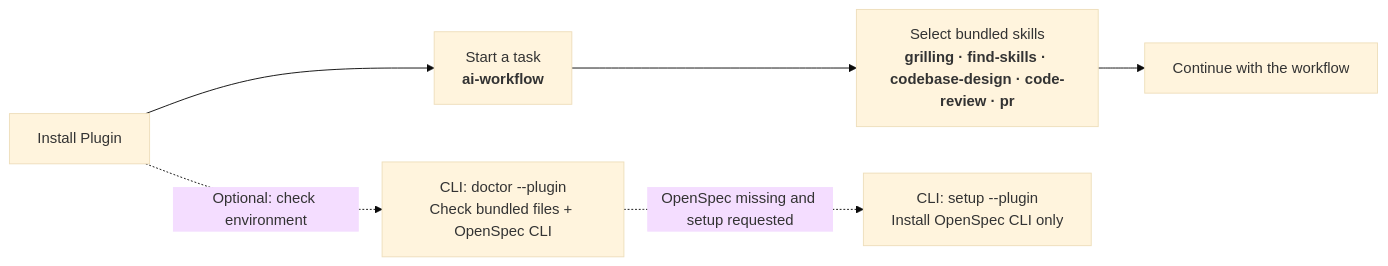
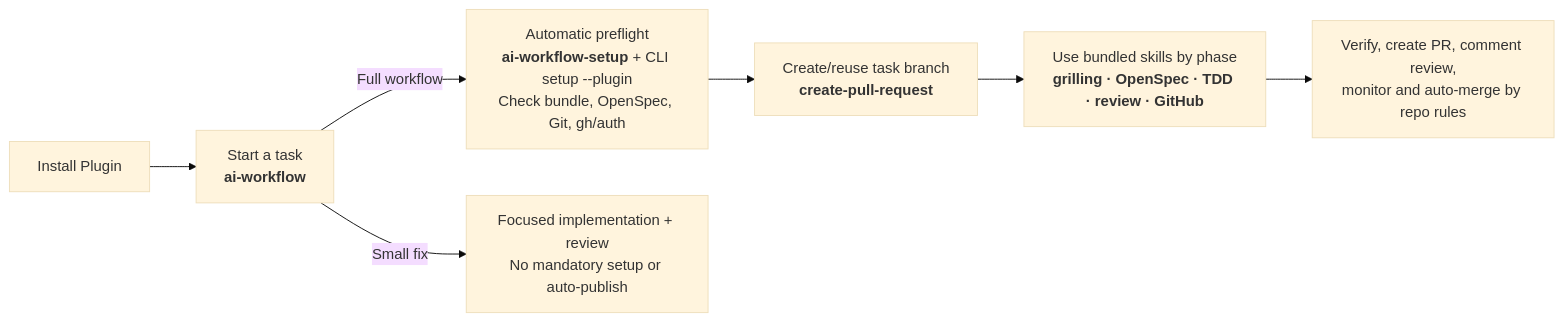
One commit to shuaibilx/AI-workflow-coding changed the second of 2 diagrams in README.md. Above: the diagram before and after it, drawn with Mermaid (base theme). The commit also changed other lines of this file and 68 other files, not shown here.

Commit message:
feat: bundle workflow skills and GitHub delivery

````diff
--- a/README.md
+++ b/README.md
@@ -93,8 +94,9 @@
 ```mermaid
 flowchart LR
     A[Install Plugin] --> W["Start a task<br/><b>ai-workflow</b>"]
-    W --> S["Select bundled skills<br/><b>grilling · find-skills · codebase-design · code-review · pr</b>"]
-    S --> D["Continue with the workflow"]
-    A -.->|Optional: check environment| C["CLI: doctor --plugin<br/>Check bundled files + OpenSpec CLI"]
-    C -.->|OpenSpec missing and setup requested| I["CLI: setup --plugin<br/>Install OpenSpec CLI only"]
+    W -->|Full workflow| C["Automatic preflight<br/><b>ai-workflow-setup</b> + CLI setup --plugin<br/>Check bundle, OpenSpec, Git, gh/auth"]
+    C --> B["Create/reuse task branch<br/><b>create-pull-request</b>"]
+    B --> S["Use bundled skills by phase<br/><b>grilling · OpenSpec · TDD · review · GitHub</b>"]
+    S --> D["Verify, create PR, comment review,<br/>monitor and auto-merge by repo rules"]
+    W -->|Small fix| F["Focused implementation + review<br/>No mandatory setup or auto-publish"]
 ```
````
